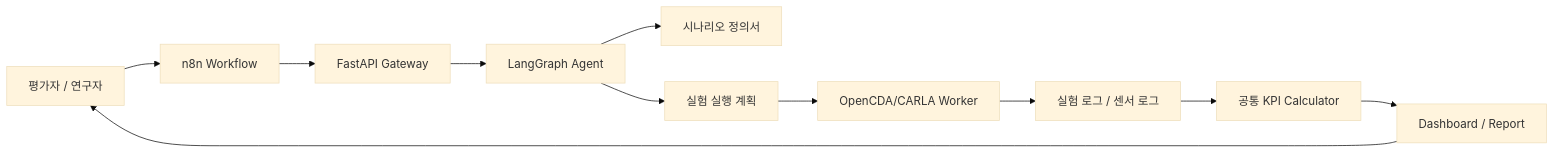
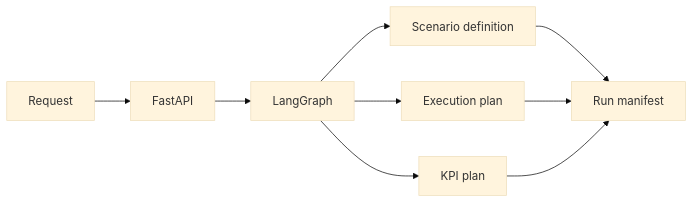
One commit to chaewon-s/av-eval-agent changed the diagram in av_eval_agent/docs/agent_architecture_ko.md. Above: the diagram before and after it, drawn with Mermaid (base theme). The commit also changed other lines of this file and 13 other files, not shown here.

````diff
--- a/av_eval_agent/docs/agent_architecture_ko.md
+++ b/av_eval_agent/docs/agent_architecture_ko.md
@@ -21,13 +16,11 @@
 ```mermaid
 flowchart LR
-  U["평가자 / 연구자"] --> N["n8n Workflow"]
-  N --> A["FastAPI Gateway"]
-  A --> G["LangGraph Agent"]
-  G --> S["시나리오 정의서"]
-  G --> P["실험 실행 계획"]
-  P --> O["OpenCDA/CARLA Worker"]
-  O --> L["실험 로그 / 센서 로그"]
-  L --> K["공통 KPI Calculator"]
-  K --> D["Dashboard / Report"]
-  D --> U
+  U["Request"] --> A["FastAPI"]
+  A --> G["LangGraph"]
+  G --> S["Scenario definition"]
+  G --> E["Execution plan"]
+  G --> K["KPI plan"]
+  S --> M["Run manifest"]
+  E --> M
+  K --> M
 ```
````
